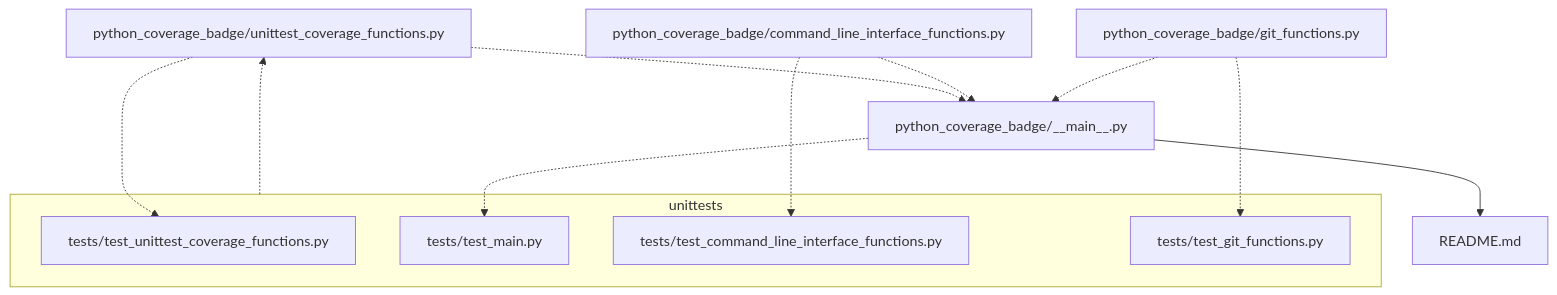
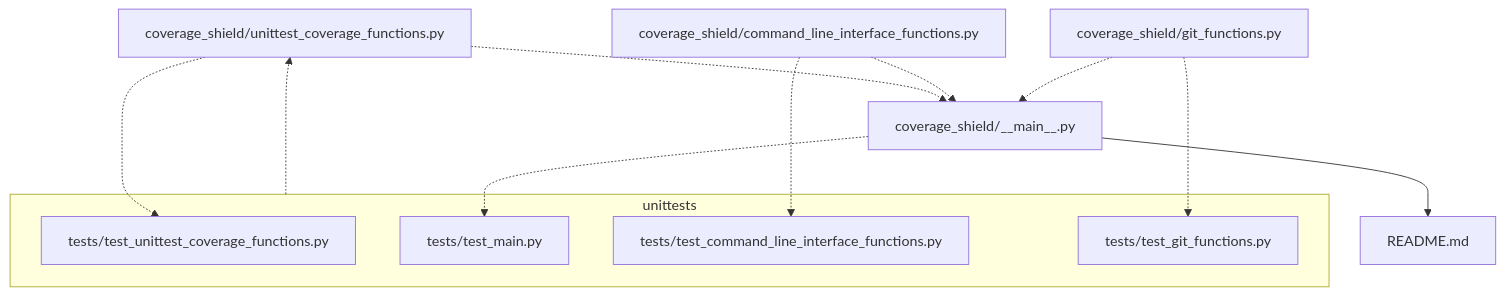
One commit to JosephCrispell/coverage_shield changed the diagram in README.md. Above: the diagram before and after it, drawn with Mermaid. The commit also changed other lines of this file and 10 other files, not shown here.

Commit message:
Renamed to coverage_shield

````diff
--- a/README.md
+++ b/README.md
@@ -112,18 +112,18 @@
 ```mermaid
   graph TD
-    coverage_functions[python_coverage_badge/unittest_coverage_functions.py] .-> main[python_coverage_badge/__main__.py];
+    coverage_functions[coverage_shield/unittest_coverage_functions.py] .-> main[coverage_shield/__main__.py];
     coverage_functions .-> test_coverage[tests/test_unittest_coverage_functions.py];
     main --> readme[README.md];
     main .-> test_main[tests/test_main.py];
-    cli_functions[python_coverage_badge/command_line_interface_functions.py] .-> main;
+    cli_functions[coverage_shield/command_line_interface_functions.py] .-> main;
     cli_functions .-> test_cli[tests/test_command_line_interface_functions.py];
-    git_functions[python_coverage_badge/git_functions.py] .-> main;
+    git_functions[coverage_shield/git_functions.py] .-> main;
     git_functions .-> test_git[tests/test_git_functions.py];
     subgraph "unittests"
         test_coverage;
         test_cli;
         test_git;
         test_main;
     end
     unittests .-> coverage_functions
 ```
````
